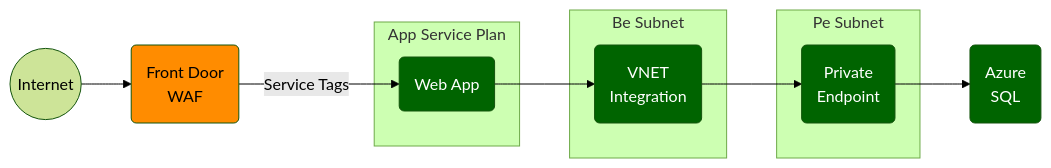
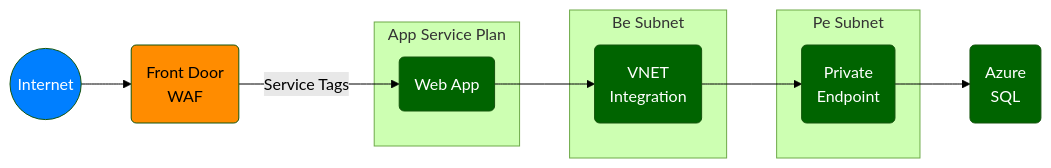
Before and after one commit to msalemor/app-services-networking: the fourth of 7 diagrams in README.md, drawn with Mermaid (forest theme).

````diff
--- a/README.md
+++ b/README.md
@@ -139,23 +139,24 @@
 ```mermaid
 graph LR;
   A((Internet))-->B(Front Door<br/>WAF);
   B-- Service Tags -->a1;
   subgraph "App Service Plan"
     a1(Web App);
   end; 
   a1-->a3;
   subgraph "Be Subnet"
     a3(VNET<br/>Integration);
   end;
   a3-->a2;
   subgraph "Pe Subnet"
     a2(Private<br/>Endpoint);
   end;
   a2-->E(Azure<br/>SQL);
   classDef internet fill:#007FFF,color:white;
   classDef unsafe fill:#ff3333,color:white;
   classDef semisafe fill:darkorange,color:black;
   classDef safe fill:darkgreen,color:white;
+  class A internet;
   class B semisafe;
   class a1,a2,a3,E safe;
 ```
````
